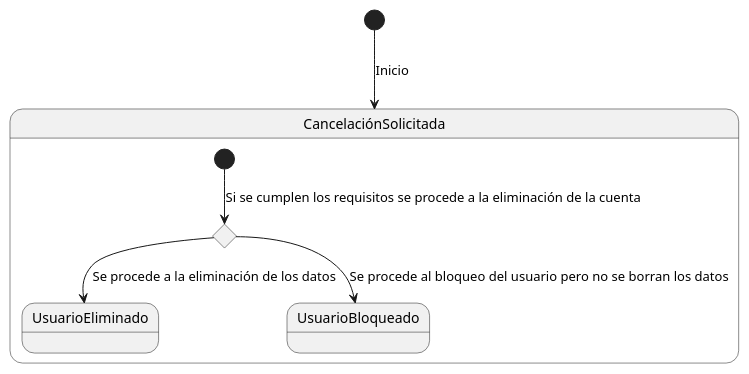
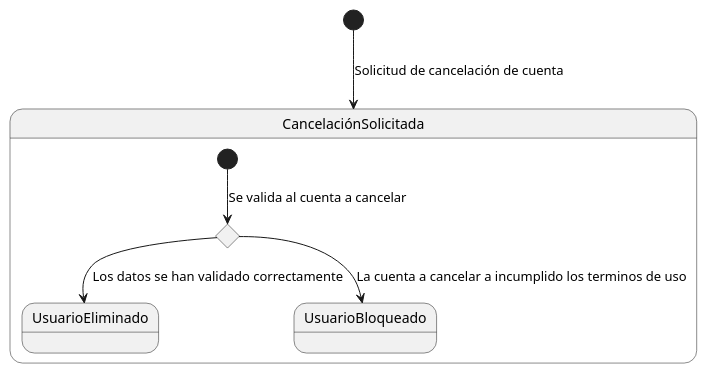
Before and after one commit to mmasias/23-24-IdSw1-SDR: the diagram in Caso_de_Uso/Casos_de_Uso/Egresado/Cancelación_de_Cuenta/DdE.puml, drawn with PlantUML. The commit also changed 2 other files, not shown here.

Commit message:
cambios en la cancelacion caso de uso

```diff
--- a/Caso_de_Uso/Casos_de_Uso/Egresado/Cancelación_de_Cuenta/DdE.puml
+++ b/Caso_de_Uso/Casos_de_Uso/Egresado/Cancelación_de_Cuenta/DdE.puml
@@ -1,13 +1,13 @@
 @startuml
 skinparam defaultFontName Arial
 top to bottom direction
 
-[*] --> CancelaciónSolicitada: Inicio
+[*] --> CancelaciónSolicitada: Solicitud de cancelación de cuenta
 
 state CancelaciónSolicitada{
   state ComprobarRequisitos <<choice>>
-  [*] --> ComprobarRequisitos : Si se cumplen los requisitos se procede a la eliminación de la cuenta
-  ComprobarRequisitos --> UsuarioEliminado: Se procede a la eliminación de los datos
-  ComprobarRequisitos --> UsuarioBloqueado: Se procede al bloqueo del usuario pero no se borran los datos
+  [*] --> ComprobarRequisitos : Se valida al cuenta a cancelar
+  ComprobarRequisitos --> UsuarioEliminado: Los datos se han validado correctamente
+  ComprobarRequisitos --> UsuarioBloqueado: La cuenta a cancelar a incumplido los terminos de uso
 }
 @enduml
```
